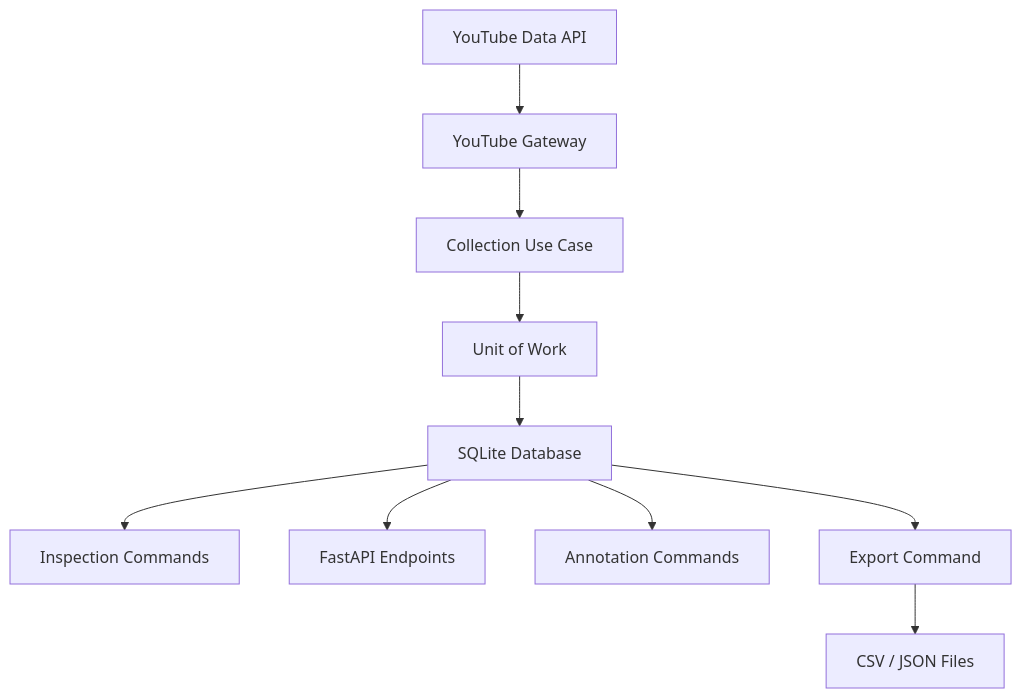
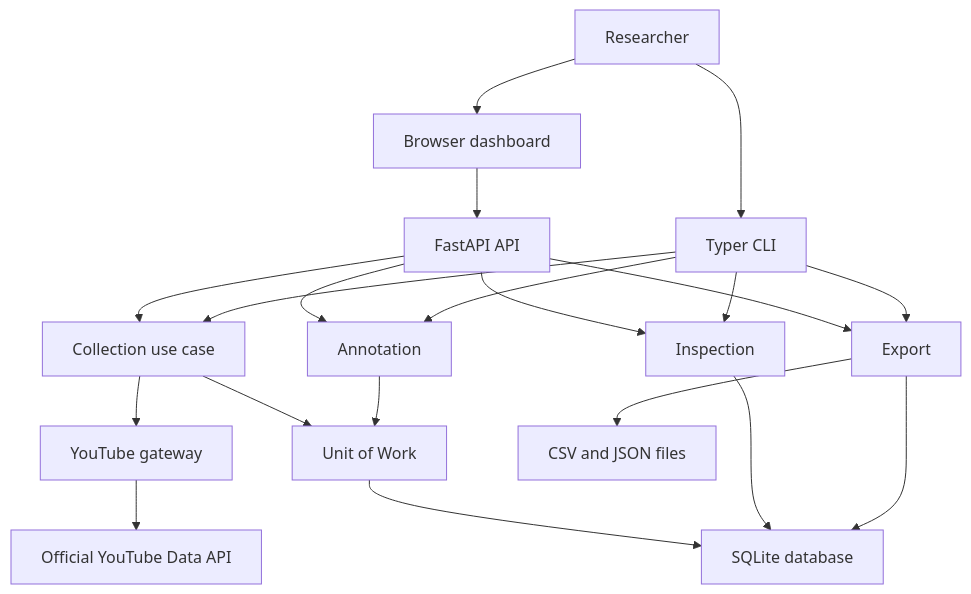
The second of 4 diagrams in README.md (Inam-kakar/Fencing-Video-Research-Agent), drawn with Mermaid before and after one commit. The commit also changed other lines of this file, not shown here.

Commit message:
docs: improve README diagrams and local setup

````diff
--- a/README.md
+++ b/README.md
@@ -116,12 +125,22 @@
 ```mermaid
 flowchart TD
-    YT["YouTube Data API"] --> Gateway["YouTube Gateway"]
-    Gateway --> Collect["Collection Use Case"]
-    Collect --> UOW["Unit of Work"]
-    UOW --> DB["SQLite Database"]
-    DB --> Inspect["Inspection Commands"]
-    DB --> API["FastAPI Endpoints"]
-    DB --> Annotate["Annotation Commands"]
-    DB --> Export["Export Command"]
-    Export --> Files["CSV / JSON Files"]
+    Researcher["Researcher"] --> Browser["Browser dashboard"]
+    Researcher --> CLI["Typer CLI"]
+    Browser --> API["FastAPI API"]
+    API --> Collection["Collection use case"]
+    CLI --> Collection
+    Collection --> Gateway["YouTube gateway"]
+    Gateway --> YouTube["Official YouTube Data API"]
+    Collection --> UnitOfWork["Unit of Work"]
+    UnitOfWork --> Database["SQLite database"]
+    API --> Inspection["Inspection"]
+    CLI --> Inspection
+    Inspection --> Database
+    API --> Annotation["Annotation"]
+    CLI --> Annotation
+    Annotation --> UnitOfWork
+    API --> Export["Export"]
+    CLI --> Export
+    Export --> Database
+    Export --> Files["CSV and JSON files"]
 ```
````
